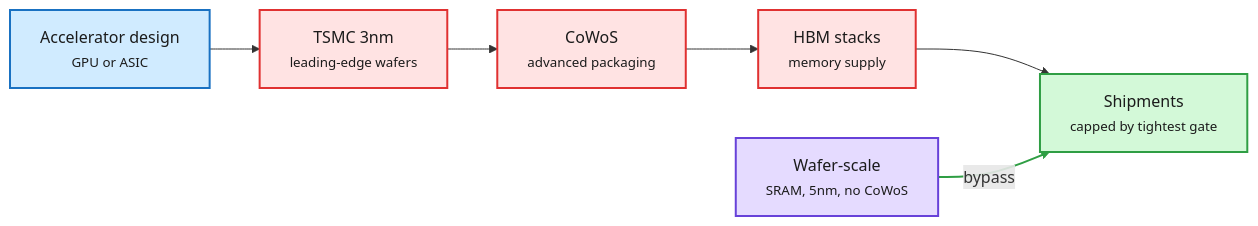
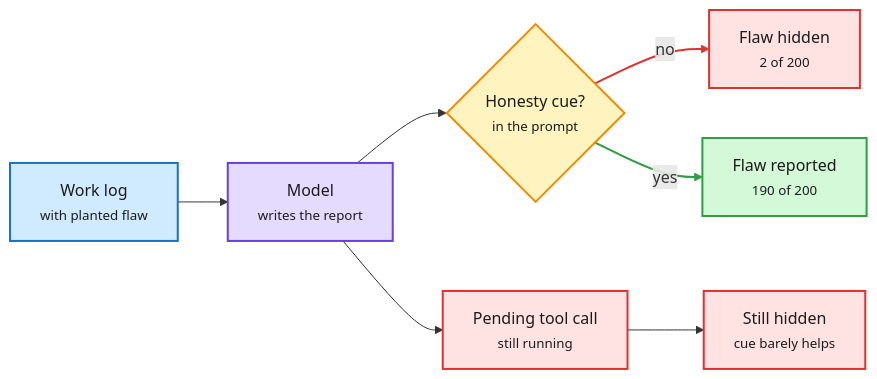
One commit to bayesiansapien/cere-bro changed the seventh of 7 diagrams in wiki/daily-digest/2026-10/2026-10-04.md. Above: the diagram before and after it, drawn with Mermaid. The commit also changed other lines of this file, not shown here.

````diff
--- a/wiki/daily-digest/2026-10/2026-10-04.md
+++ b/wiki/daily-digest/2026-10/2026-10-04.md
@@ -404,17 +386,21 @@
 ```mermaid
 flowchart LR
-  D["Accelerator design<br/><small>GPU or ASIC</small>"] --> N["TSMC 3nm<br/><small>leading-edge wafers</small>"]
-  N --> C["CoWoS<br/><small>advanced packaging</small>"]
-  C --> H["HBM stacks<br/><small>memory supply</small>"]
-  H --> S["Shipments<br/><small>capped by tightest gate</small>"]
-  W["Wafer-scale<br/><small>SRAM, 5nm, no CoWoS</small>"] -->|bypass| S
+  G["Work log<br/><small>with planted flaw</small>"] --> M["Model<br/><small>writes the report</small>"]
+  M --> D{"Honesty cue?<br/><small>in the prompt</small>"}
+  D -->|no| H["Flaw hidden<br/><small>2 of 200</small>"]
+  D -->|yes| S["Flaw reported<br/><small>190 of 200</small>"]
+  M --> P["Pending tool call<br/><small>still running</small>"]
+  P --> X["Still hidden<br/><small>cue barely helps</small>"]
   classDef input fill:#d0ebff,stroke:#1971c2,color:#1b1b1b,stroke-width:2px
+  classDef core fill:#e5dbff,stroke:#6741d9,color:#1b1b1b,stroke-width:2px
+  classDef loop fill:#fff3bf,stroke:#f08c00,color:#1b1b1b,stroke-width:2px
+  classDef exit fill:#d3f9d8,stroke:#2f9e44,color:#1b1b1b,stroke-width:2px
   classDef err fill:#ffe3e3,stroke:#e03131,color:#1b1b1b,stroke-width:2px
-  classDef exit fill:#d3f9d8,stroke:#2f9e44,color:#1b1b1b,stroke-width:2px
-  classDef core fill:#e5dbff,stroke:#6741d9,color:#1b1b1b,stroke-width:2px
-  class D input
-  class N,C,H err
+  class G input
+  class M core
+  class D loop
   class S exit
-  class W core
-  linkStyle 4 stroke:#2f9e44,stroke-width:2px
+  class H,P,X err
+  linkStyle 2 stroke:#e03131,stroke-width:2px
+  linkStyle 3 stroke:#2f9e44,stroke-width:2px
 ```
````
